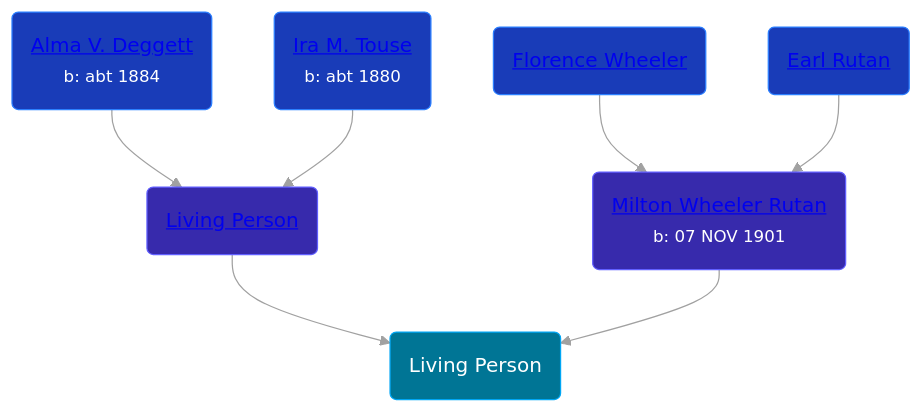
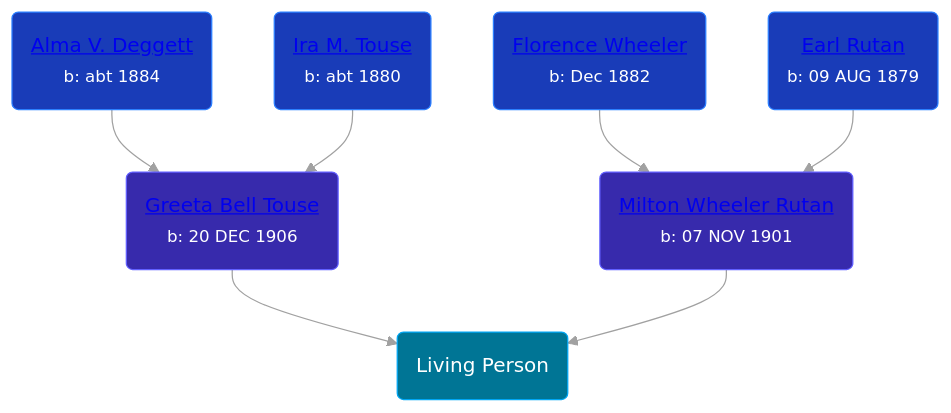
One commit to wpmgotkh/wpmgotkh.github.io changed the diagram in pages/people/2/29215456.md. Above: the diagram before and after it, drawn with Mermaid. The commit also changed other lines of this file and 56 other files, not shown here.

````diff
--- a/pages/people/2/29215456.md
+++ b/pages/people/2/29215456.md
@@ -10,14 +10,14 @@
 ```mermaid
 graph
 classDef grands fill:#193cb8,stroke:#2b7fff,stroke-width:1px,color:#fff;
 classDef parents fill:#372aac,stroke:#615fff,stroke-width:1px,color:#fff;
 classDef primary fill:#007595,stroke:#00a6f4,stroke-width:1px,color:#fff;
 29215456(Living Person):::primary
-61135838(<a class="text-white" href="/people/6/61135838">Living Person</a>):::parents-->29215456
+61135838(<a class="text-white" href="/people/6/61135838">Greeta Bell Touse</a><br /><small>b: 20 DEC 1906</small>):::parents-->29215456
 42271632(<a class="text-white" href="/people/4/42271632">Alma V. Deggett</a><br /><small>b: abt 1884</small>):::grands-->61135838
 43588740(<a class="text-white" href="/people/4/43588740">Ira M. Touse</a><br /><small>b: abt 1880</small>):::grands-->61135838
 20825556(<a class="text-white" href="/people/2/20825556">Milton Wheeler Rutan</a><br /><small>b: 07 NOV 1901</small>):::parents-->29215456
-48964520(<a class="text-white" href="/people/4/48964520">Florence Wheeler</a>):::grands-->20825556
-29949376(<a class="text-white" href="/people/2/29949376">Earl Rutan</a>):::grands-->20825556
+48964520(<a class="text-white" href="/people/4/48964520">Florence Wheeler</a><br /><small>b: Dec 1882</small>):::grands-->20825556
+29949376(<a class="text-white" href="/people/2/29949376">Earl Rutan</a><br /><small>b: 09 AUG 1879</small>):::grands-->20825556
 linkStyle default stroke:#a1a1a1
 ```
````
